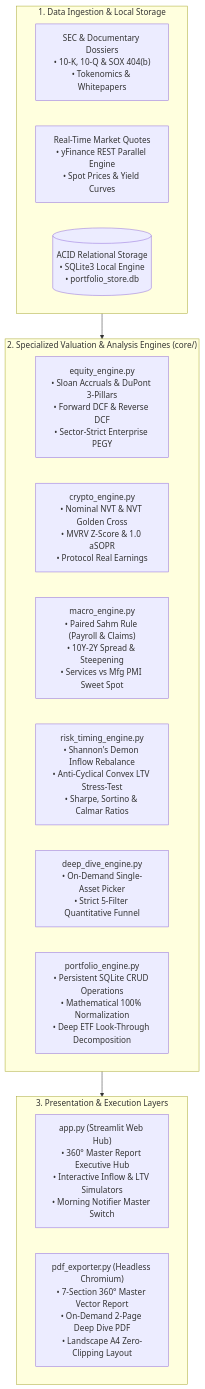
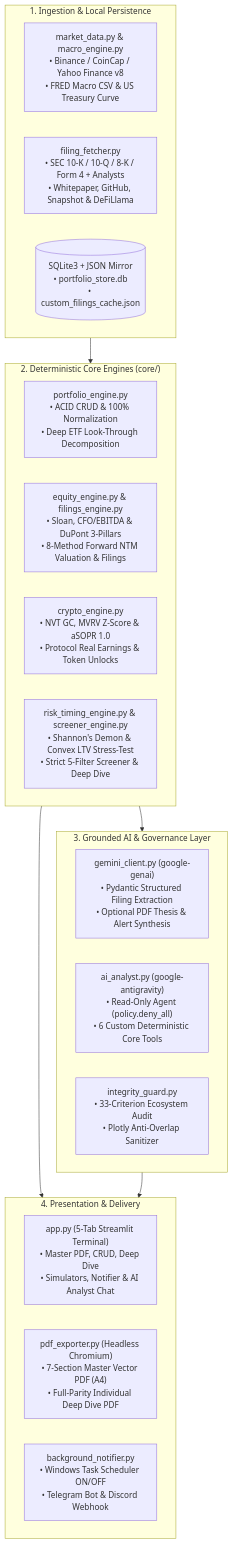
The diagram in README.md (DouG-2007/institutional-investment-terminal), drawn with Mermaid before and after one commit. The commit also changed other lines of this file and 14 other files, not shown here.

Commit message:
feat(ai & docs): integrate Gemini Interactions API, read-only Antigravity Analyst, multi-doc auto-fetcher, full Deep Dive M&A parity, and updated documentation

````diff
--- a/README.md
+++ b/README.md
@@ -41,25 +48,32 @@
 ```mermaid
 flowchart TB
-    subgraph S1 ["1. Data Ingestion & Local Storage"]
-        KB["SEC & Documentary Dossiers<br/>• 10-K, 10-Q & SOX 404(b)<br/>• Tokenomics & Whitepapers"]
-        YF["Real-Time Market Quotes<br/>• yFinance REST Parallel Engine<br/>• Spot Prices & Yield Curves"]
-        SQL[("ACID Relational Storage<br/>• SQLite3 Local Engine<br/>• portfolio_store.db")]
+    subgraph S1 ["1. Ingestion & Local Persistence"]
+        QUOTES["market_data.py & macro_engine.py<br/>• Binance / CoinCap / Yahoo Finance v8<br/>• FRED Macro CSV & US Treasury Curve"]
+        FETCH["filing_fetcher.py<br/>• SEC 10-K / 10-Q / 8-K / Form 4 + Analysts<br/>• Whitepaper, GitHub, Snapshot & DeFiLlama"]
+        SQL[("SQLite3 + JSON Mirror<br/>• portfolio_store.db<br/>• custom_filings_cache.json")]
     end
 
-    subgraph S2 ["2. Specialized Valuation & Analysis Engines (core/)"]
-        EQUITY["equity_engine.py<br/>• Sloan Accruals & DuPont 3-Pillars<br/>• Forward DCF & Reverse DCF<br/>• Sector-Strict Enterprise PEGY"]
-        CRYPTO["crypto_engine.py<br/>• Nominal NVT & NVT Golden Cross<br/>• MVRV Z-Score & 1.0 aSOPR<br/>• Protocol Real Earnings"]
-        MACRO["macro_engine.py<br/>• Paired Sahm Rule (Payroll & Claims)<br/>• 10Y-2Y Spread & Steepening<br/>• Services vs Mfg PMI Sweet Spot"]
-        RISK["risk_timing_engine.py<br/>• Shannon's Demon Inflow Rebalance<br/>• Anti-Cyclical Convex LTV Stress-Test<br/>• Sharpe, Sortino & Calmar Ratios"]
-        DEEP["deep_dive_engine.py<br/>• On-Demand Single-Asset Picker<br/>• Strict 5-Filter Quantitative Funnel"]
-        PORT["portfolio_engine.py<br/>• Persistent SQLite CRUD Operations<br/>• Mathematical 100% Normalization<br/>• Deep ETF Look-Through Decomposition"]
+    subgraph S2 ["2. Deterministic Core Engines (core/)"]
+        PORT["portfolio_engine.py<br/>• ACID CRUD & 100% Normalization<br/>• Deep ETF Look-Through Decomposition"]
+        EQUITY["equity_engine.py & filings_engine.py<br/>• Sloan, CFO/EBITDA & DuPont 3-Pillars<br/>• 8-Method Forward NTM Valuation & Filings"]
+        CRYPTO["crypto_engine.py<br/>• NVT GC, MVRV Z-Score & aSOPR 1.0<br/>• Protocol Real Earnings & Token Unlocks"]
+        RISK["risk_timing_engine.py & screener_engine.py<br/>• Shannon's Demon & Convex LTV Stress-Test<br/>• Strict 5-Filter Screener & Deep Dive"]
     end
 
-    subgraph S3 ["3. Presentation & Execution Layers"]
-        WEB["app.py (Streamlit Web Hub)<br/>• 360° Master Report Executive Hub<br/>• Interactive Inflow & LTV Simulators<br/>• Morning Notifier Master Switch"]
-        PDF["pdf_exporter.py (Headless Chromium)<br/>• 7-Section 360° Master Vector Report<br/>• On-Demand 2-Page Deep Dive PDF<br/>• Landscape A4 Zero-Clipping Layout"]
+    subgraph S3 ["3. Grounded AI & Governance Layer"]
+        GENAI["gemini_client.py (google-genai)<br/>• Pydantic Structured Filing Extraction<br/>• Optional PDF Thesis & Alert Synthesis"]
+        AGENT["ai_analyst.py (google-antigravity)<br/>• Read-Only Agent (policy.deny_all)<br/>• 6 Custom Deterministic Core Tools"]
+        GUARD["integrity_guard.py<br/>• 33-Criterion Ecosystem Audit<br/>• Plotly Anti-Overlap Sanitizer"]
+    end
+
+    subgraph S4 ["4. Presentation & Delivery"]
+        WEB["app.py (5-Tab Streamlit Terminal)<br/>• Master PDF, CRUD, Deep Dive<br/>• Simulators, Notifier & AI Analyst Chat"]
+        PDF["pdf_exporter.py (Headless Chromium)<br/>• 7-Section Master Vector PDF (A4)<br/>• Full-Parity Individual Deep Dive PDF"]
+        NOTIF["background_notifier.py<br/>• Windows Task Scheduler ON/OFF<br/>• Telegram Bot & Discord Webhook"]
     end
 
     S1 --> S2
     S2 --> S3
+    S2 --> S4
+    S3 --> S4
 ```
````
